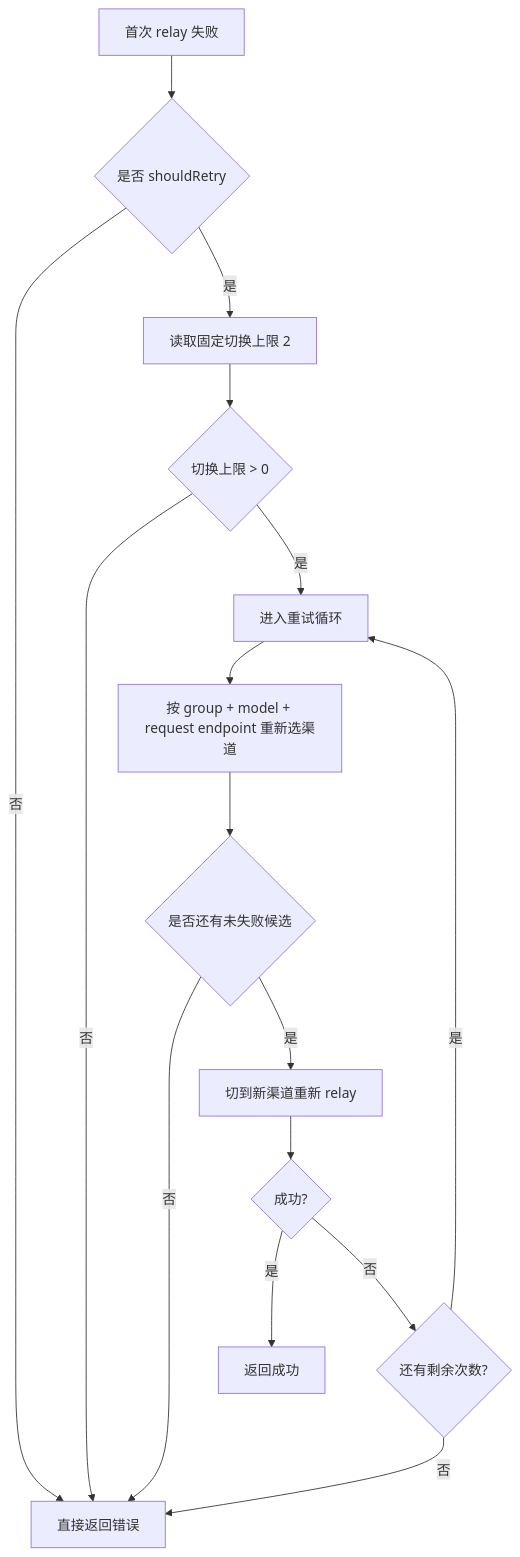
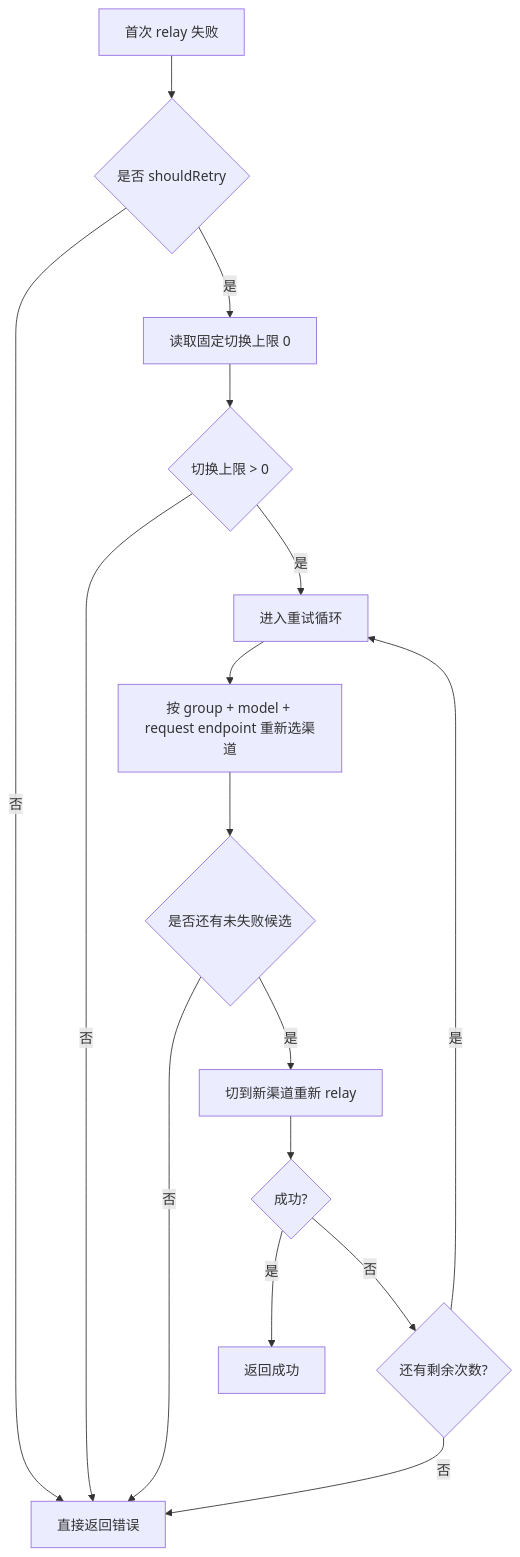
Before and after one commit to kobofare/router: the fifth of 5 diagrams in docs/路由逻辑.md, drawn with Mermaid. The commit also changed other lines of this file and 3 other files, not shown here.

````diff
--- a/docs/路由逻辑.md
+++ b/docs/路由逻辑.md
@@ -303,18 +303,18 @@
 ```mermaid
 flowchart TD
     A[首次 relay 失败] --> B{是否 shouldRetry}
     B -- 否 --> X[直接返回错误]
-    B -- 是 --> C[读取固定切换上限 2]
+    B -- 是 --> C[读取固定切换上限 0]
     C --> D{切换上限 > 0}
     D -- 否 --> X
     D -- 是 --> E[进入重试循环]
     E --> F[按 group + model + request endpoint 重新选渠道]
     F --> G{是否还有未失败候选}
     G -- 否 --> X
     G -- 是 --> H[切到新渠道重新 relay]
     H --> I{成功?}
     I -- 是 --> Y[返回成功]
     I -- 否 --> J{还有剩余次数?}
     J -- 是 --> E
     J -- 否 --> X
 ```
````
